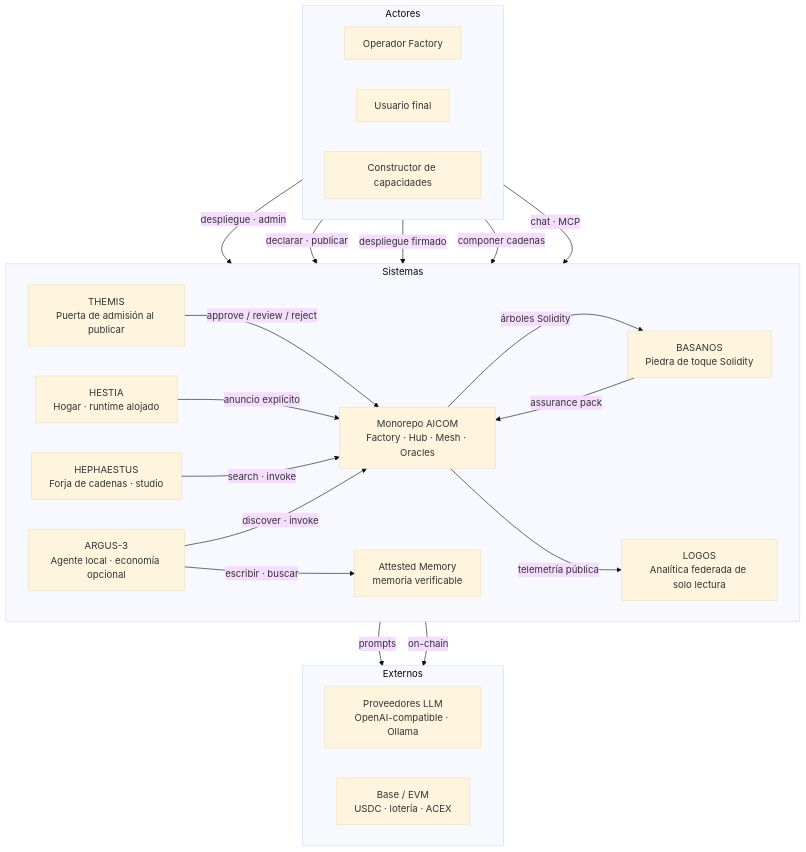
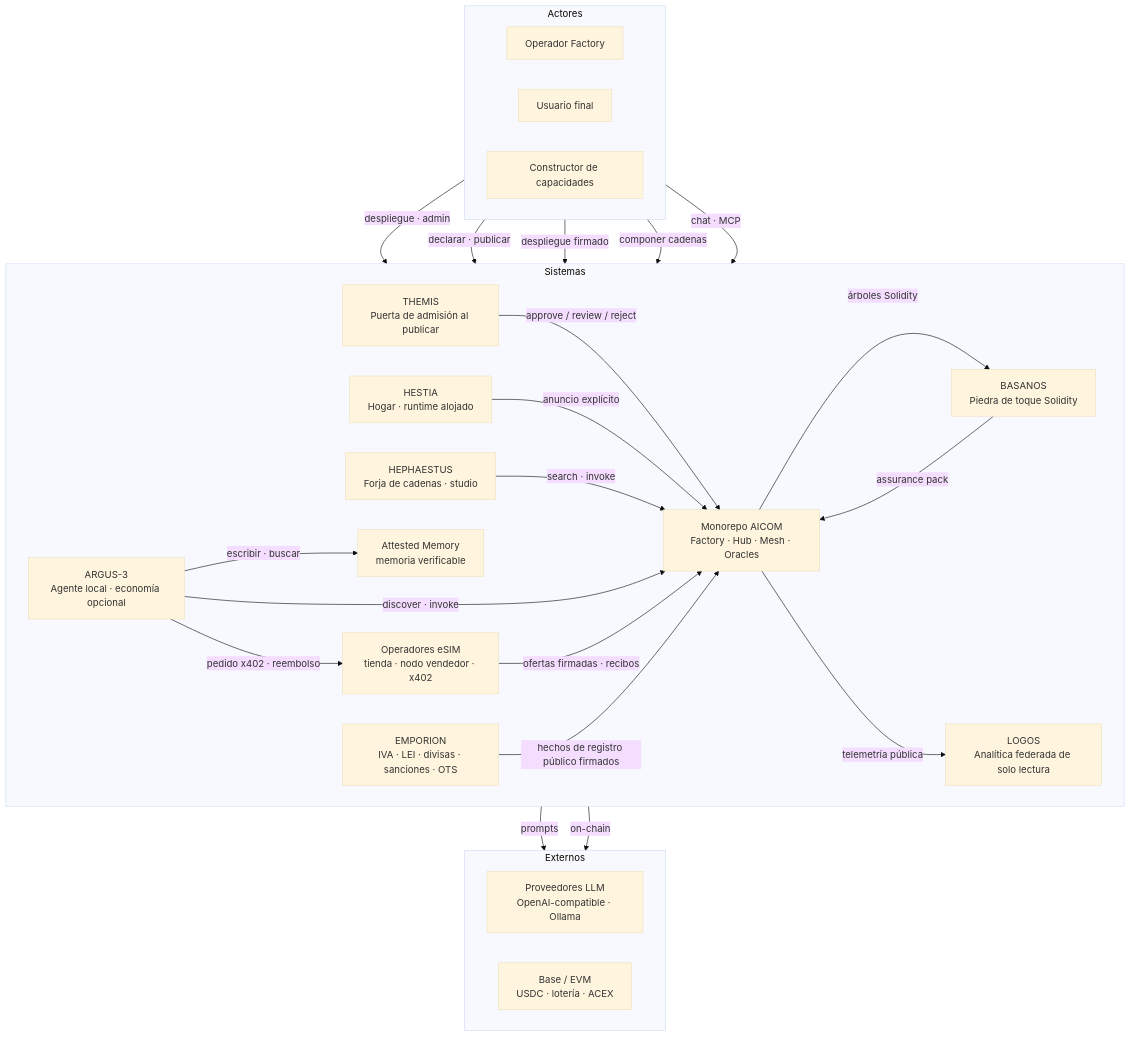
One commit to alexar76/aicom changed the second of 5 diagrams in docs/ecosystem/whitepaper/es.md. Above: the diagram before and after it, drawn with Mermaid (base theme). The commit also changed other lines of this file and 496 other files, not shown here.

````diff
--- a/docs/ecosystem/whitepaper/es.md
+++ b/docs/ecosystem/whitepaper/es.md
@@ -147,43 +149,48 @@
 ```mermaid
 flowchart TB
   subgraph actors["Actores"]
     direction LR
     operator["Operador Factory"]
     enduser["Usuario final"]
     builder["Constructor de capacidades"]
   end
 
   subgraph systems["Sistemas"]
     direction LR
     aicom["Monorepo AICOM<br/>Factory · Hub · Mesh · Oracles"]
     themis["THEMIS<br/>Puerta de admisión al publicar"]
     hestia["HESTIA<br/>Hogar · runtime alojado"]
     basanos["BASANOS<br/>Piedra de toque Solidity"]
     hephaestus["HEPHAESTUS<br/>Forja de cadenas · studio"]
     logos["LOGOS<br/>Analítica federada de solo lectura"]
     argus["ARGUS-3<br/>Agente local · economía opcional"]
     memory["Attested Memory<br/>memoria verificable"]
+    esim["Operadores eSIM<br/>tienda · nodo vendedor · x402"]
+    emporion["EMPORION<br/>IVA · LEI · divisas · sanciones · OTS"]
   end
 
   subgraph external["Externos"]
     direction LR
     llm["Proveedores LLM<br/>OpenAI-compatible · Ollama"]
     chain["Base / EVM<br/>USDC · lotería · ACEX"]
   end
 
   operator -->|despliegue · admin| aicom
   builder -->|declarar · publicar| themis
   themis -->|"approve / review / reject"| aicom
   builder -->|despliegue firmado| hestia
   hestia -->|anuncio explícito| aicom
   enduser -->|componer cadenas| hephaestus
   hephaestus -->|search · invoke| aicom
   aicom -->|árboles Solidity| basanos
   basanos -->|assurance pack| aicom
   enduser -->|chat · MCP| argus
   argus -->|discover · invoke| aicom
   argus -->|escribir · buscar| memory
+  argus -->|pedido x402 · reembolso| esim
+  esim -->|ofertas firmadas · recibos| aicom
+  emporion -->|hechos de registro público firmados| aicom
   aicom -->|telemetría pública| logos
   aicom -->|prompts| llm
   aicom -->|on-chain| chain
 ```
````
